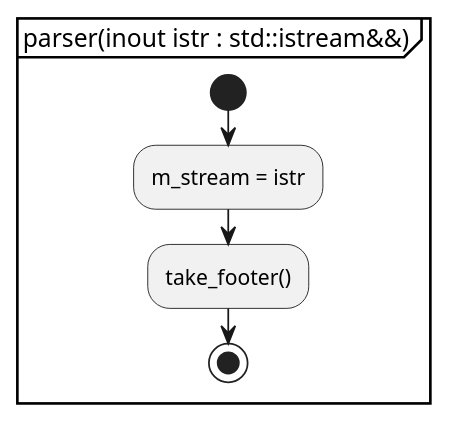
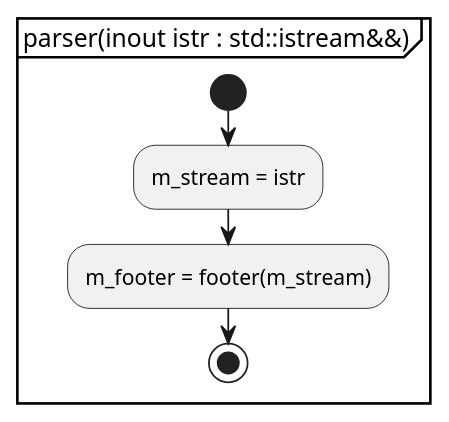
One commit to KodaiYM/PDFReader changed the first of 10 diagrams in document/parser.activity.pu. Above: the diagram before and after it, drawn with PlantUML. The commit also changed other lines of this file and 1 other file, not shown here.

```diff
--- a/document/parser.activity.pu
+++ b/document/parser.activity.pu
@@ -1,8 +1,8 @@
 @startuml parser
 partition "parser(inout istr : std::istream&&)" {
 start
 	:m_stream = istr;
-	:take_footer();
+	:m_footer = footer(m_stream);
 stop
 }
 @enduml
```
